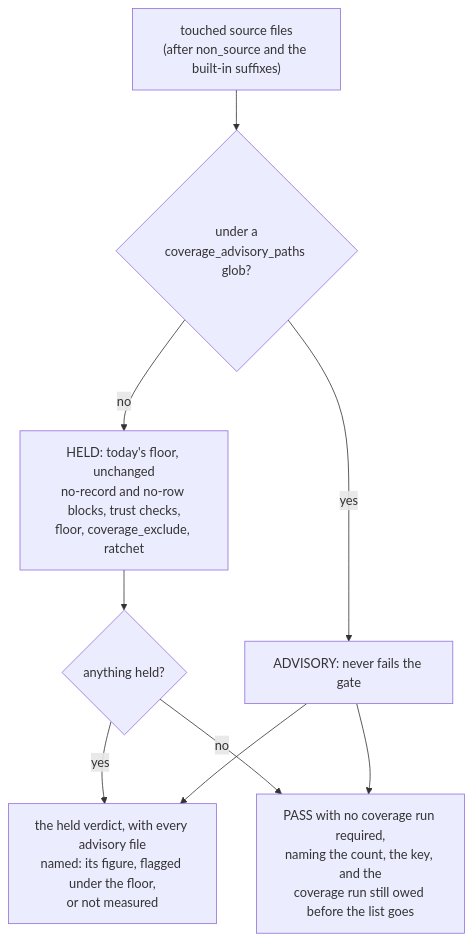
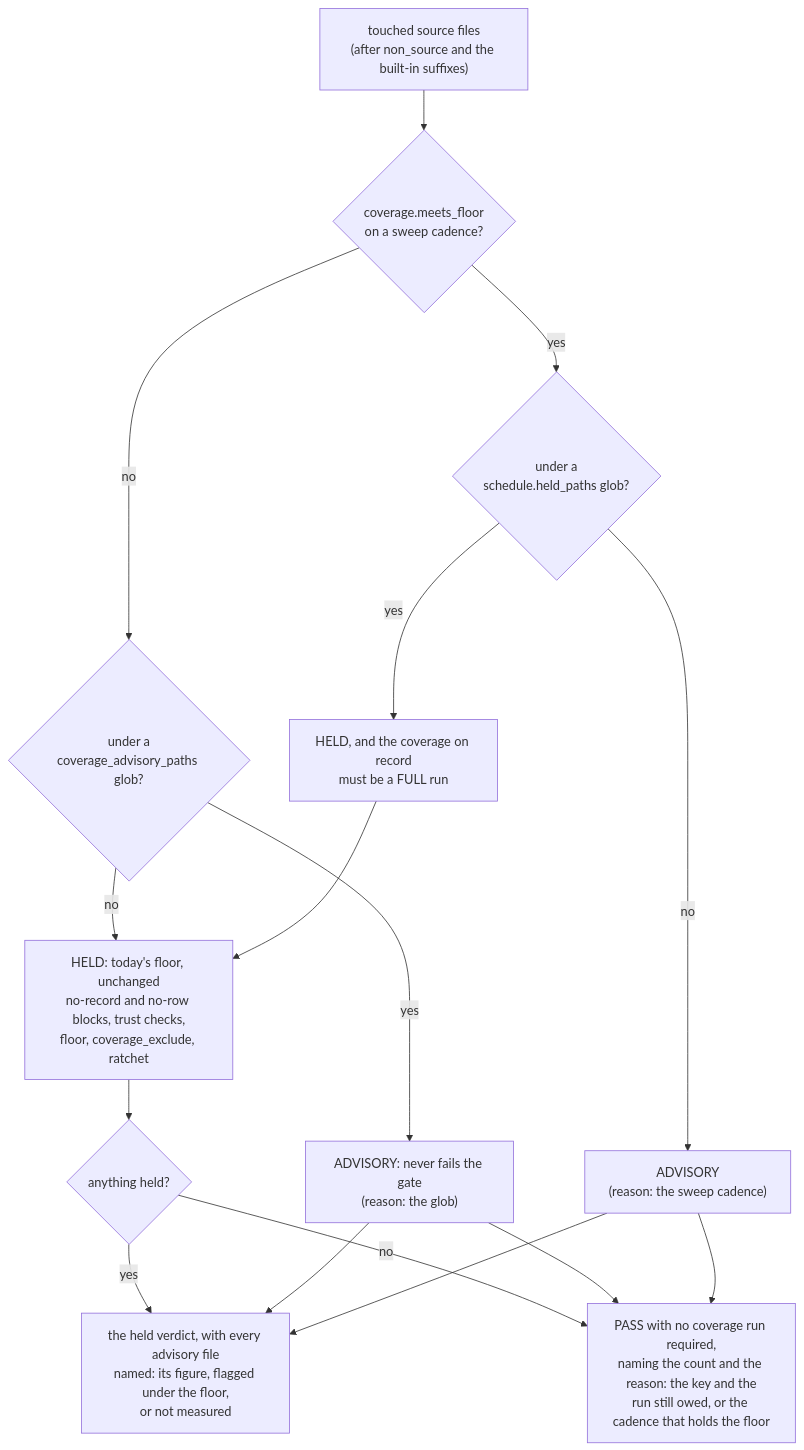
Before and after one commit to Mindchallenges/Invariant: the second of 5 diagrams in docs/architecture/overview.md, drawn with Mermaid. The commit also changed other lines of this file and 19 other files, not shown here.

First line of the commit message:
Coverage/tests — cadence mode, ADR-010 and the sweep.no_full_run rule (IDEA_032 increment 2)

````diff
--- a/docs/architecture/overview.md
+++ b/docs/architecture/overview.md
@@ -625,11 +625,18 @@
 ```mermaid
 graph TD
-    T["touched source files<br/>(after non_source and the built-in suffixes)"] --> S{"under a<br/>coverage_advisory_paths glob?"}
+    T["touched source files<br/>(after non_source and the built-in suffixes)"] --> C{"coverage.meets_floor<br/>on a sweep cadence?"}
+    C -- no --> S{"under a<br/>coverage_advisory_paths glob?"}
+    C -- yes --> K{"under a<br/>schedule.held_paths glob?"}
     S -- no --> H["HELD: today's floor, unchanged<br/>no-record and no-row blocks, trust checks,<br/>floor, coverage_exclude, ratchet"]
-    S -- yes --> A["ADVISORY: never fails the gate"]
+    S -- yes --> A["ADVISORY: never fails the gate<br/>(reason: the glob)"]
+    K -- yes --> HF["HELD, and the coverage on record<br/>must be a FULL run"]
+    K -- no --> AS["ADVISORY<br/>(reason: the sweep cadence)"]
+    HF --> H
     H --> V{"anything held?"}
     V -- yes --> R["the held verdict, with every advisory file<br/>named: its figure, flagged under the floor,<br/>or not measured"]
-    V -- no --> P["PASS with no coverage run required,<br/>naming the count, the key, and the<br/>coverage run still owed before the list goes"]
+    V -- no --> P["PASS with no coverage run required,<br/>naming the count and the reason: the key and the<br/>run still owed, or the cadence that holds the floor"]
     A --> R
     A --> P
+    AS --> R
+    AS --> P
 ```
````
